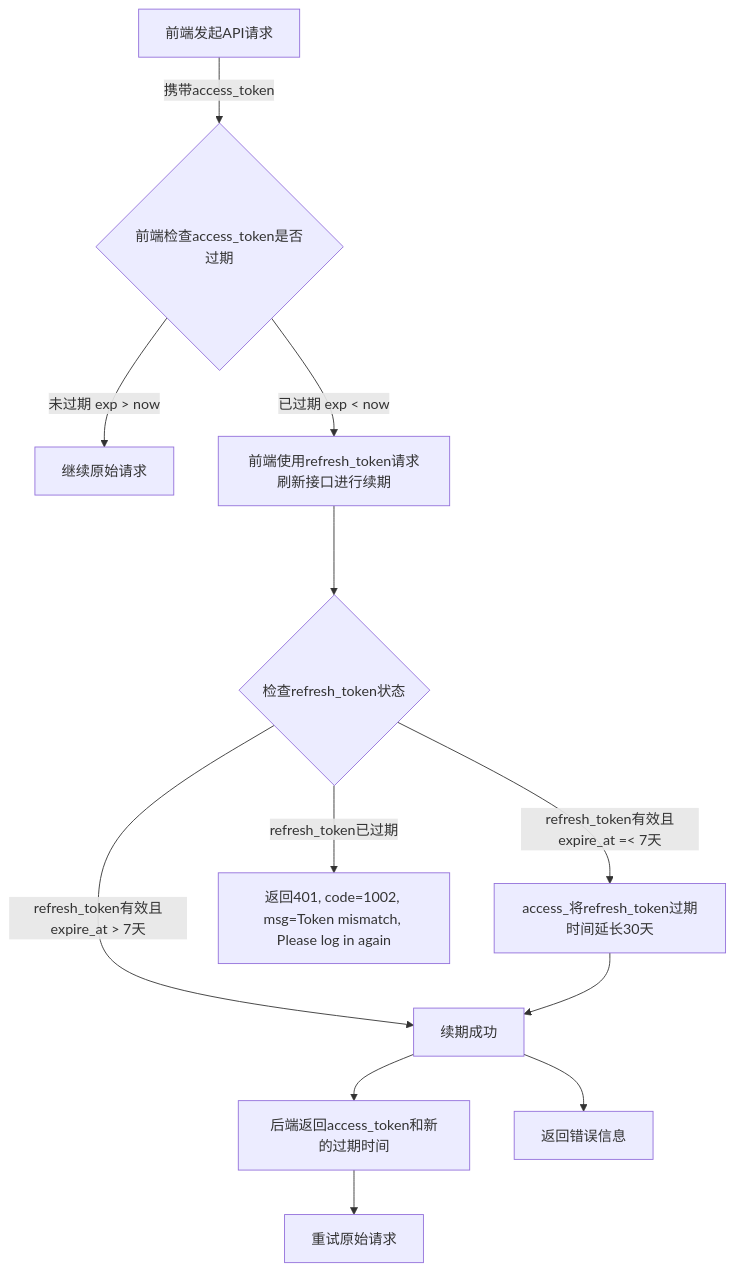
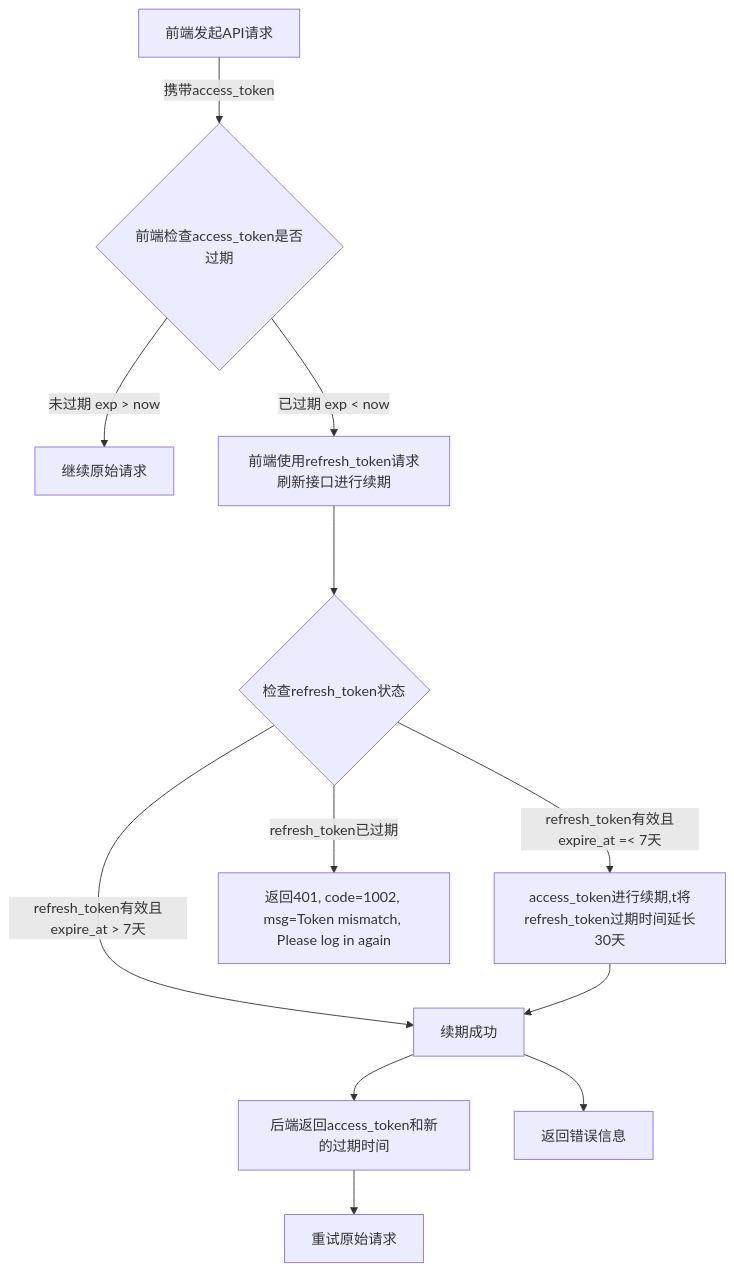
One commit to yingjianzh/iodraw-files changed the diagram in all/openAPI-17.md. Above: the diagram before and after it, drawn with Mermaid.

Commit message:
2025-01-08 18:17:36 update

````diff
--- a/all/openAPI-17.md
+++ b/all/openAPI-17.md
@@ -1,15 +1,15 @@
 ```mermaid
 flowchart TD
     A[前端发起API请求] -->|携带access_token| B{前端检查access_token是否过期}
     B -->|未过期 exp > now| C[继续原始请求]
     B -->|已过期 exp < now| D[前端使用refresh_token请求刷新接口进行续期]
     D ---> L{检查refresh_token状态}
-    L -->|refresh_token有效且expire_at =< 7天| E[access_将refresh_token过期时间延长30天]
+    L -->|refresh_token有效且expire_at =< 7天| E[access_token进行续期,t将refresh_token过期时间延长30天]
     L -->|refresh_token已过期| F[返回401, code=1002, msg=Token mismatch, Please log in again]
     L -->|refresh_token有效且expire_at > 7天 | G[续期成功]
     G -->H[后端返回access_token和新的过期时间]
     G -->I[返回错误信息]
     H --> J[重试原始请求]
     E --> G
 
 ```
````
